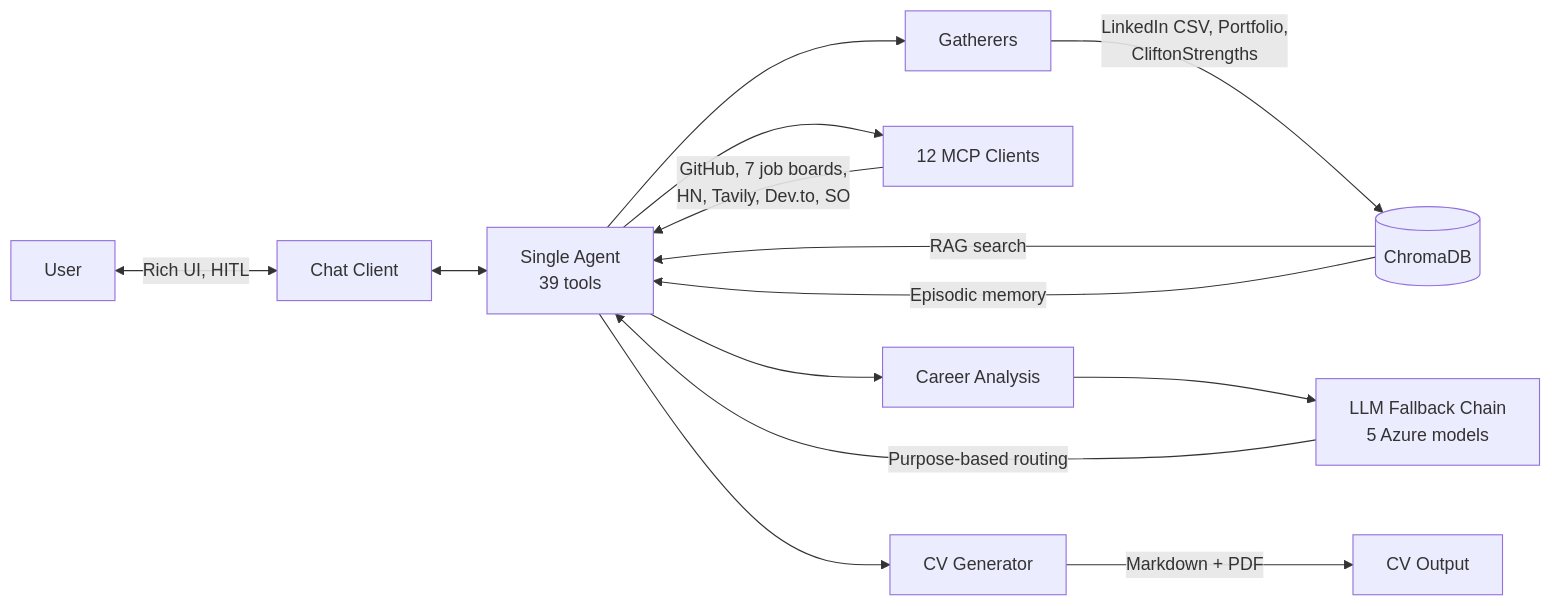
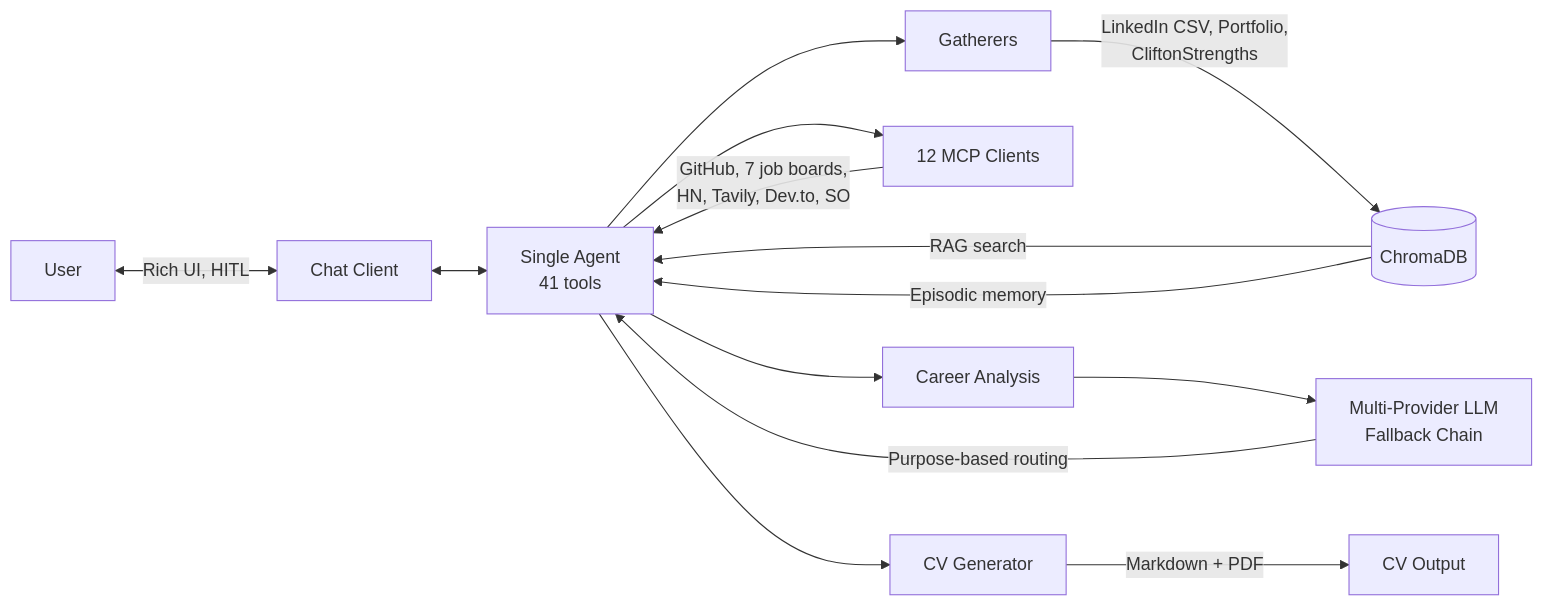
One commit to juanmanueldaza/futureproof changed the diagram in README.md. Above: the diagram before and after it, drawn with Mermaid. The commit also changed other lines of this file and 5 other files, not shown here.

First line of the commit message:
docs: update project docs for multi-provider and settings

````diff
--- a/README.md
+++ b/README.md
@@ -28,19 +28,19 @@
 ```mermaid
 graph LR
     User <-->|Rich UI, HITL| Chat[Chat Client]
-    Chat <--> Agent[Single Agent<br/>39 tools]
+    Chat <--> Agent[Single Agent<br/>41 tools]
 
     Agent --> Gather[Gatherers]
     Agent --> MCP[12 MCP Clients]
     Agent --> Analysis[Career Analysis]
     Agent --> Gen[CV Generator]
 
     Gather -->|LinkedIn CSV, Portfolio,<br/>CliftonStrengths| ChromaDB[(ChromaDB)]
     MCP -->|GitHub, 7 job boards,<br/>HN, Tavily, Dev.to, SO| Agent
-    Analysis --> LLM[LLM Fallback Chain<br/>5 Azure models]
+    Analysis --> LLM[Multi-Provider LLM<br/>Fallback Chain]
     Gen -->|Markdown + PDF| Output[CV Output]
 
     ChromaDB -->|RAG search| Agent
     ChromaDB -->|Episodic memory| Agent
     LLM -->|Purpose-based routing| Agent
 ```
````
